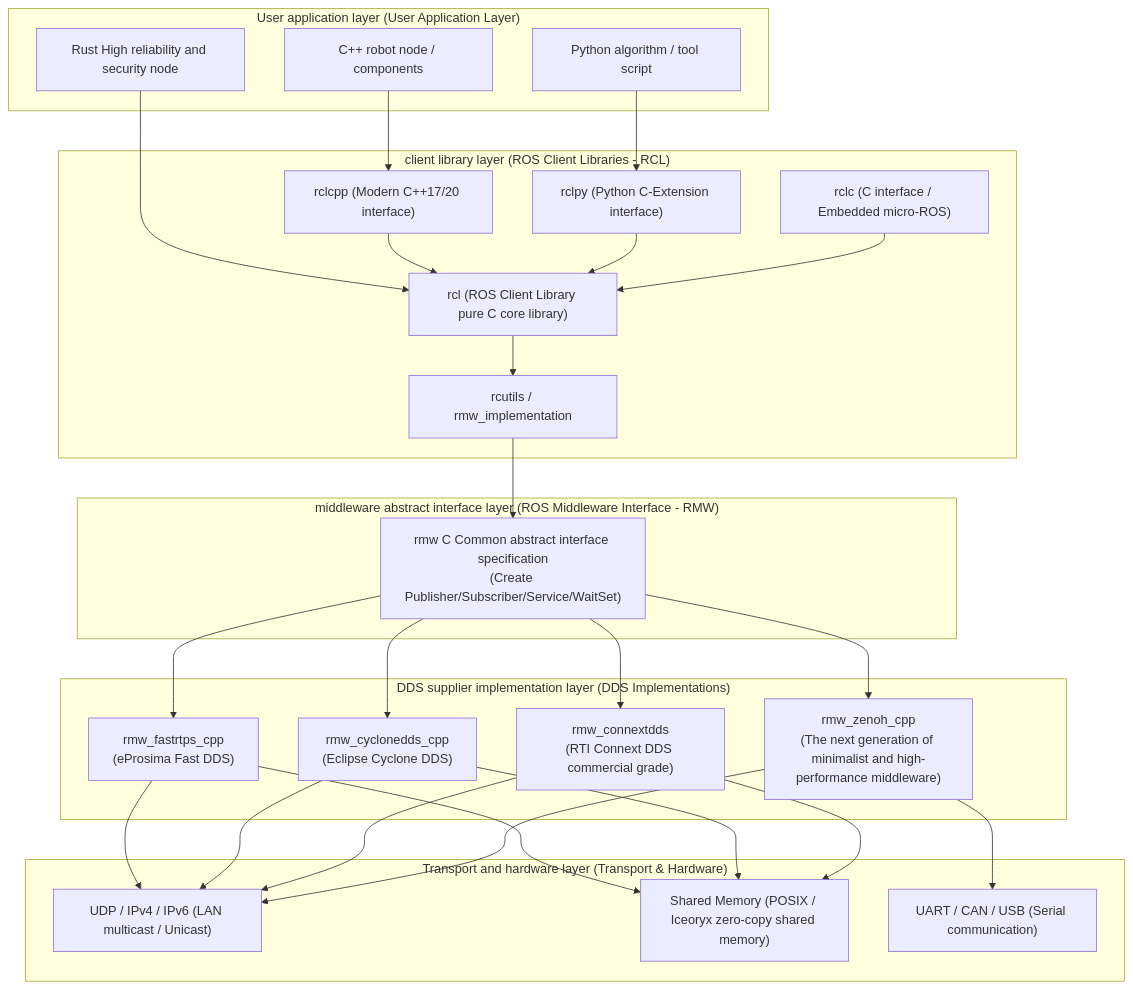
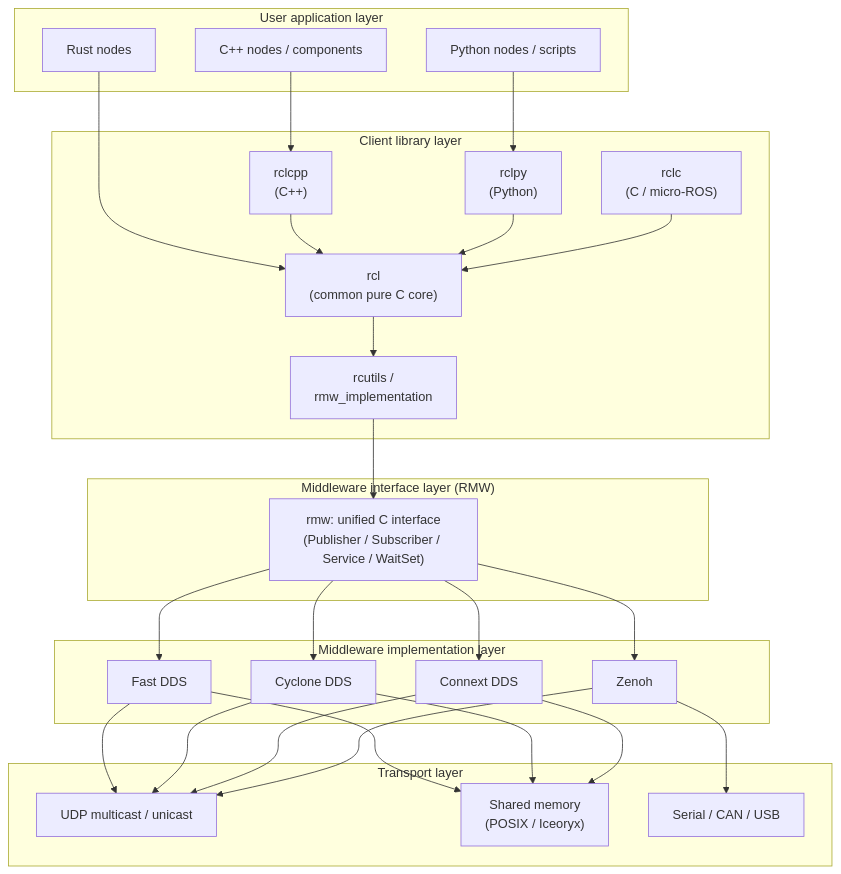
The second of 21 diagrams in _translations/en/research/ROS2-Survey.md (GaryLee1210/GaryLee1210.github.io), drawn with Mermaid before and after one commit. The commit also changed other lines of this file and 51 other files, not shown here.

````diff
--- a/_translations/en/research/ROS2-Survey.md
+++ b/_translations/en/research/ROS2-Survey.md
@@ -128,49 +115,49 @@
 ```mermaid
 flowchart TB
-    subgraph UserLayer["User application layer (User Application Layer)"]
-        AppCpp["C++ robot node / components"]
-        AppPy["Python algorithm / tool script"]
-        AppRust["Rust High reliability and security node"]
+    subgraph UserLayer["User application layer"]
+        AppCpp["C++ nodes / components"]
+        AppPy["Python nodes / scripts"]
+        AppRust["Rust nodes"]
     end
 
-    subgraph ClientLayer["client library layer (ROS Client Libraries - RCL)"]
-        RCLCPP["rclcpp (Modern C++17/20 interface)"]
-        RCLPY["rclpy (Python C-Extension interface)"]
-        RCLC["rclc (C interface / Embedded micro-ROS)"]
-        RCL["rcl (ROS Client Library pure C core library)"]
-        RCUTILS["rcutils / rmw_implementation"]
+    subgraph ClientLayer["Client library layer"]
+        RCLCPP["rclcpp<br/>(C++)"]
+        RCLPY["rclpy<br/>(Python)"]
+        RCLC["rclc<br/>(C / micro-ROS)"]
+        RCL["rcl<br/>(common pure C core)"]
+        RCUTILS["rcutils /<br/>rmw_implementation"]
     end
 
-    subgraph RMWLayer["middleware abstract interface layer (ROS Middleware Interface - RMW)"]
-        RMW_API["rmw C Common abstract interface specification<br/>(Create Publisher/Subscriber/Service/WaitSet)"]
+    subgraph RMWLayer["Middleware interface layer (RMW)"]
+        RMW_API["rmw: unified C interface<br/>(Publisher / Subscriber / Service / WaitSet)"]
     end
 
-    subgraph DDSLayer["DDS supplier implementation layer (DDS Implementations)"]
-        RMW_Fast["rmw_fastrtps_cpp<br/>(eProsima Fast DDS)"]
-        RMW_Cyclone["rmw_cyclonedds_cpp<br/>(Eclipse Cyclone DDS)"]
-        RMW_Connext["rmw_connextdds<br/>(RTI Connext DDS commercial grade)"]
-        RMW_Zenoh["rmw_zenoh_cpp<br/>(The next generation of minimalist and high-performance middleware)"]
+    subgraph DDSLayer["Middleware implementation layer"]
+        RMW_Fast["Fast DDS"]
+        RMW_Cyclone["Cyclone DDS"]
+        RMW_Connext["Connext DDS"]
+        RMW_Zenoh["Zenoh"]
     end
 
-    subgraph TransportLayer["Transport and hardware layer (Transport & Hardware)"]
-        UDP["UDP / IPv4 / IPv6 (LAN multicast / Unicast)"]
-        SHM["Shared Memory (POSIX / Iceoryx zero-copy shared memory)"]
-        UART["UART / CAN / USB (Serial communication)"]
+    subgraph TransportLayer["Transport layer"]
+        UDP["UDP multicast / unicast"]
+        SHM["Shared memory<br/>(POSIX / Iceoryx)"]
+        UART["Serial / CAN / USB"]
     end
 
     AppCpp --> RCLCPP
     AppPy --> RCLPY
     AppRust --> RCL
     RCLCPP --> RCL
     RCLPY --> RCL
     RCLC --> RCL
     RCL --> RCUTILS --> RMW_API
     RMW_API --> RMW_Fast
     RMW_API --> RMW_Cyclone
     RMW_API --> RMW_Connext
     RMW_API --> RMW_Zenoh
     RMW_Fast --> UDP & SHM
     RMW_Cyclone --> UDP & SHM
     RMW_Connext --> UDP & SHM
     RMW_Zenoh --> UDP & UART
 ```
````
